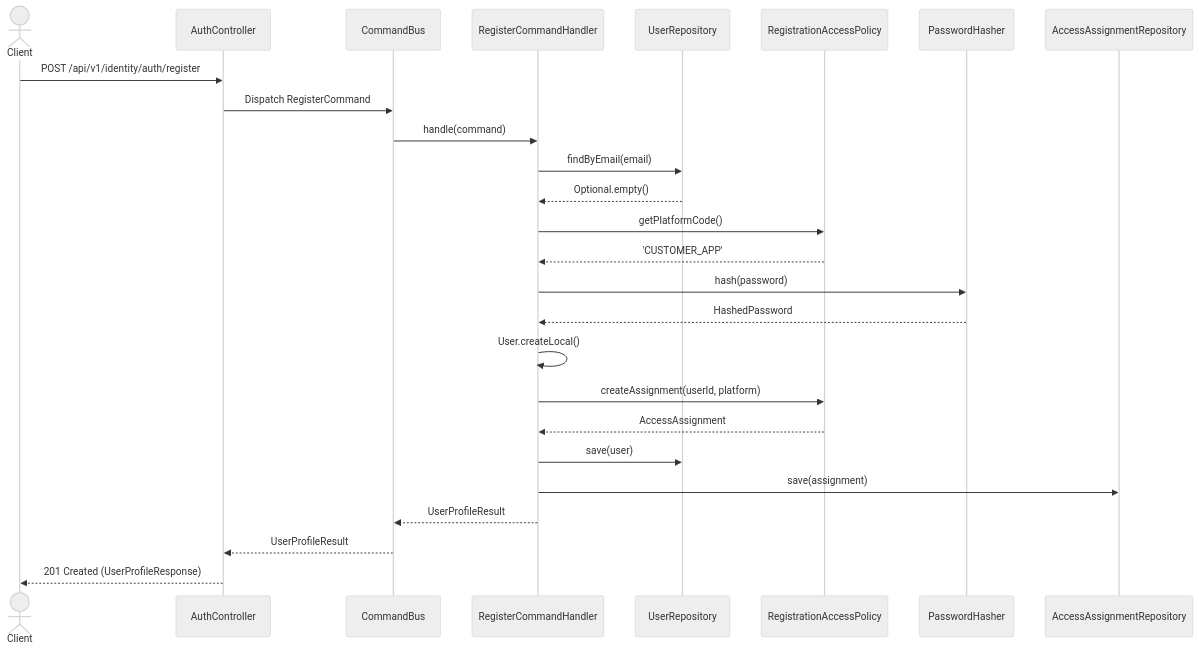
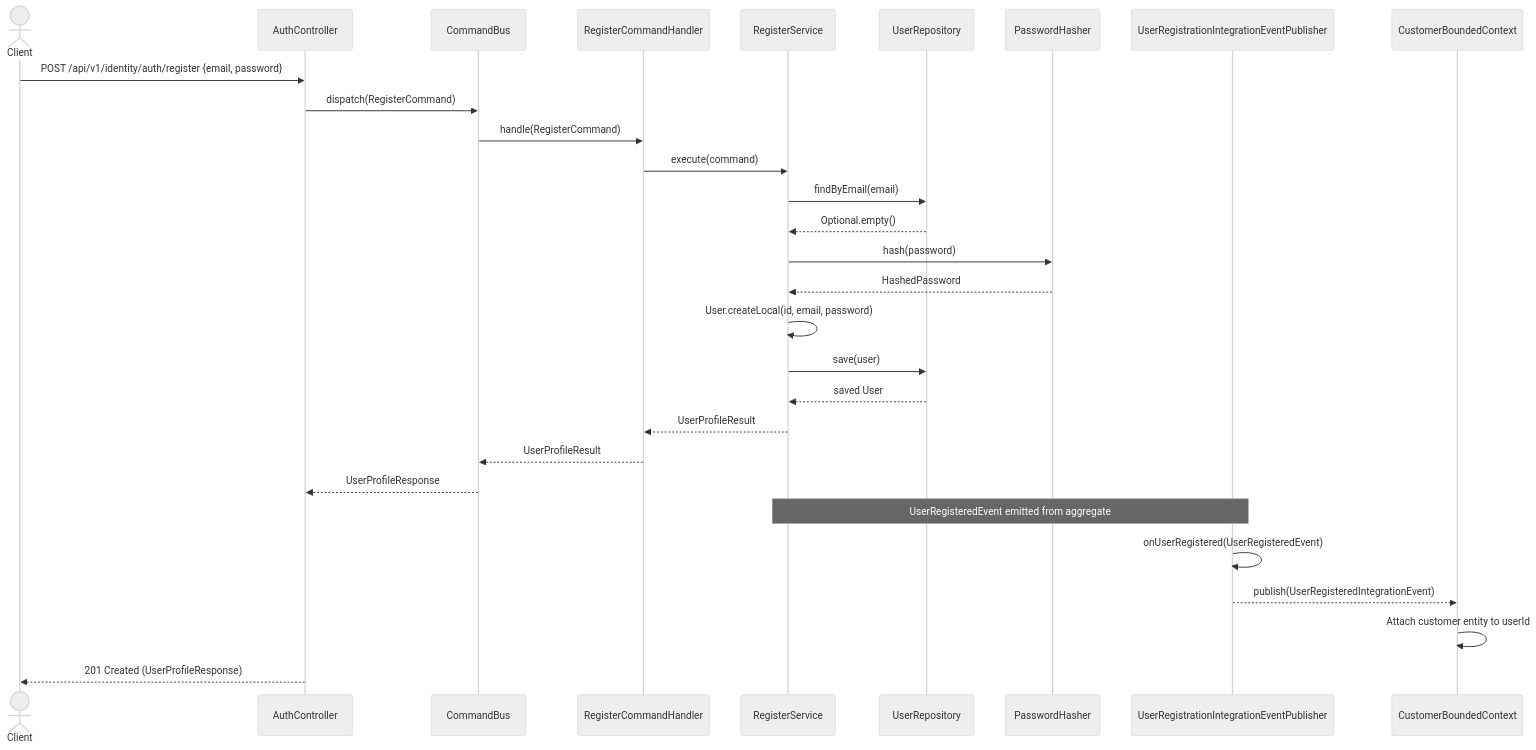
Before and after one commit to khinemyaezin/grab: the first of 2 diagrams in docs/dev/domain/identity/features/FEAT_001-Default_user_registration.md, drawn with Mermaid (neutral theme). The commit also changed other lines of this file and 178 other files, not shown here.

Commit message:
feat: enhance identity module with merchant ID support and new security manifest commands

````diff
--- a/docs/dev/domain/identity/features/FEAT_001-Default_user_registration.md
+++ b/docs/dev/domain/identity/features/FEAT_001-Default_user_registration.md
@@ -31,35 +33,38 @@
 ```mermaid
 sequenceDiagram
     actor Client
     participant AuthController
     participant CommandBus
     participant RegisterCommandHandler
+    participant RegisterService
     participant UserRepository
-    participant AccessPolicy as RegistrationAccessPolicy
     participant PasswordHasher
-    participant AccessAssignmentRepository
+    participant IntegrationPublisher as UserRegistrationIntegrationEventPublisher
+    participant CustomerModule as CustomerBoundedContext
     
-    Client->>AuthController: POST /api/v1/identity/auth/register
-    AuthController->>CommandBus: Dispatch RegisterCommand
-    CommandBus->>RegisterCommandHandler: handle(command)
+    Client->>AuthController: POST /api/v1/identity/auth/register {email, password}
+    AuthController->>CommandBus: dispatch(RegisterCommand)
+    CommandBus->>RegisterCommandHandler: handle(RegisterCommand)
+    RegisterCommandHandler->>RegisterService: execute(command)
     
-    RegisterCommandHandler->>UserRepository: findByEmail(email)
-    UserRepository-->>RegisterCommandHandler: Optional.empty()
+    RegisterService->>UserRepository: findByEmail(email)
+    UserRepository-->>RegisterService: Optional.empty()
     
-    RegisterCommandHandler->>AccessPolicy: getPlatformCode()
-    AccessPolicy-->>RegisterCommandHandler: 'CUSTOMER_APP'
+    RegisterService->>PasswordHasher: hash(password)
+    PasswordHasher-->>RegisterService: HashedPassword
     
-    RegisterCommandHandler->>PasswordHasher: hash(password)
-    PasswordHasher-->>RegisterCommandHandler: HashedPassword
+    RegisterService->>RegisterService: User.createLocal(id, email, password)
+    RegisterService->>UserRepository: save(user)
+    UserRepository-->>RegisterService: saved User
     
-    RegisterCommandHandler->>RegisterCommandHandler: User.createLocal()
-    RegisterCommandHandler->>AccessPolicy: createAssignment(userId, platform)
-    AccessPolicy-->>RegisterCommandHandler: AccessAssignment
+    RegisterService-->>RegisterCommandHandler: UserProfileResult
+    RegisterCommandHandler-->>CommandBus: UserProfileResult
+    CommandBus-->>AuthController: UserProfileResponse
     
-    RegisterCommandHandler->>UserRepository: save(user)
-    RegisterCommandHandler->>AccessAssignmentRepository: save(assignment)
+    Note over RegisterService,IntegrationPublisher: UserRegisteredEvent emitted from aggregate
+    IntegrationPublisher->>IntegrationPublisher: onUserRegistered(UserRegisteredEvent)
+    IntegrationPublisher-->>CustomerModule: publish(UserRegisteredIntegrationEvent)
+    CustomerModule->>CustomerModule: Attach customer entity to userId
     
-    RegisterCommandHandler-->>CommandBus: UserProfileResult
-    CommandBus-->>AuthController: UserProfileResult
     AuthController-->>Client: 201 Created (UserProfileResponse)
 ```
````
